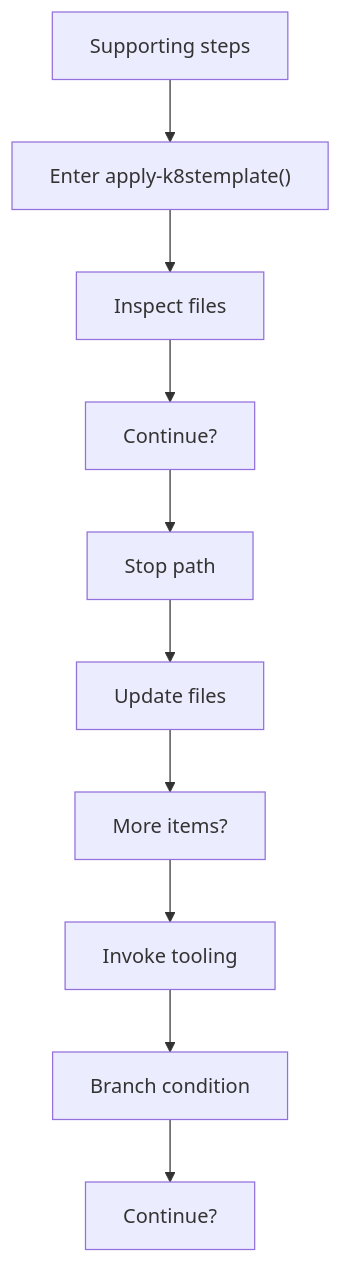
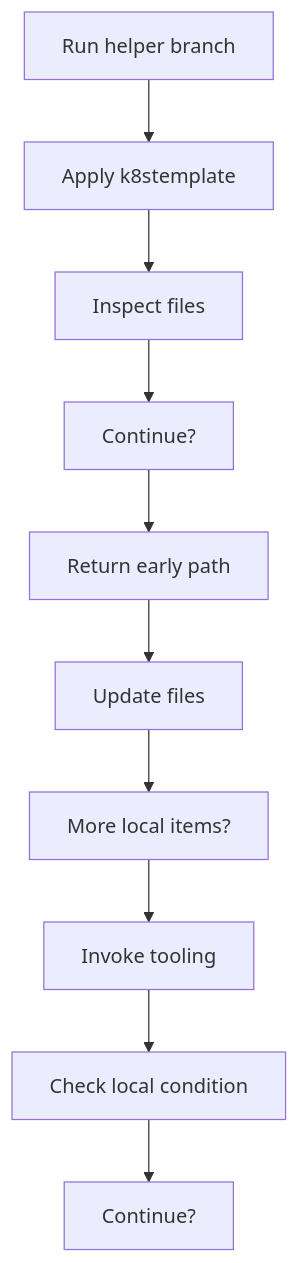
The fifth of 6 diagrams in docs/Codebase/Infrastructure/session-orchestration/bootstrap_and_deploy/bootstrap_and_deploy_program_flow_02.ps1.md (JohnAndrewBalbarosa/NeoTerritory), drawn with Mermaid before and after one commit. The commit also changed other lines of this file and 915 other files, not shown here.

````diff
--- a/docs/Codebase/Infrastructure/session-orchestration/bootstrap_and_deploy/bootstrap_and_deploy_program_flow_02.ps1.md
+++ b/docs/Codebase/Infrastructure/session-orchestration/bootstrap_and_deploy/bootstrap_and_deploy_program_flow_02.ps1.md
@@ -103,22 +103,22 @@
 ```mermaid
 flowchart TD
-    N0["Supporting steps"]
-    N1["Enter apply-k8stemplate()"]
+    N0["Run helper branch"]
+    N1["Apply k8stemplate"]
     N2["Inspect files"]
     N3["Continue?"]
-    N4["Stop path"]
+    N4["Return early path"]
     N5["Update files"]
-    N6["More items?"]
+    N6["More local items?"]
     N7["Invoke tooling"]
-    N8["Branch condition"]
+    N8["Check local condition"]
     N9["Continue?"]
     N0 --> N1
     N1 --> N2
     N2 --> N3
     N3 --> N4
     N4 --> N5
     N5 --> N6
     N6 --> N7
     N7 --> N8
     N8 --> N9
 ```
````
